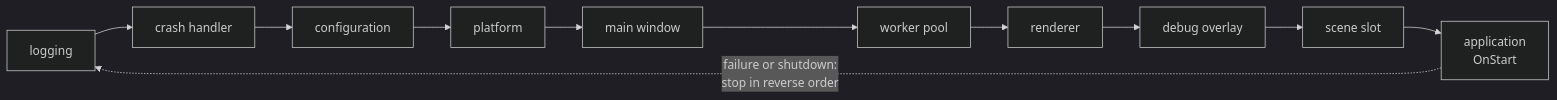
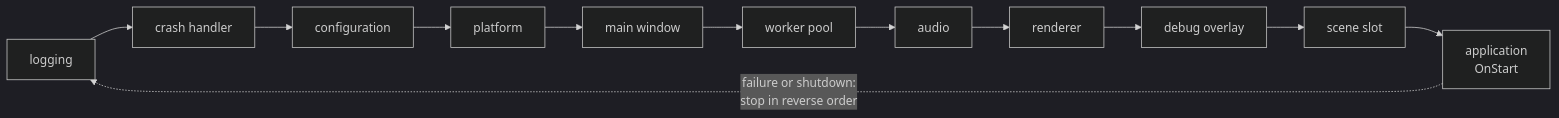
The second of 6 diagrams in docs/ARCHITECTURE.md (SBXdev3D/daidalos-engine-next), drawn with Mermaid (dark theme) before and after one commit. The commit also changed other lines of this file and 28 other files, not shown here.

````diff
--- a/docs/ARCHITECTURE.md
+++ b/docs/ARCHITECTURE.md
@@ -89,6 +93,6 @@
 ```mermaid
 flowchart LR
     A[logging] --> B[crash handler] --> C[configuration] --> D[platform] --> E[main window] --> W[worker pool]
-    W --> F[renderer] --> G[debug overlay] --> S[scene slot] --> H["application<br/>OnStart"]
+    W --> AU[audio] --> F[renderer] --> G[debug overlay] --> S[scene slot] --> H["application<br/>OnStart"]
     H -. "failure or shutdown:<br/>stop in reverse order" .-> A
 ```
````
